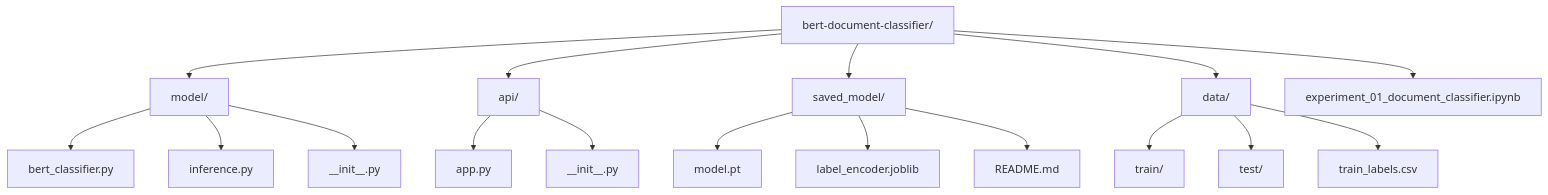
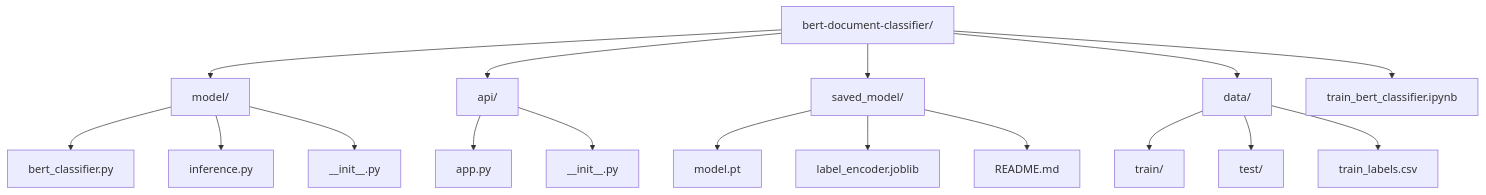
The fifth of 10 diagrams in ARCHITECTURE.md (ruskaruma/bert-document-classifier), drawn with Mermaid before and after one commit. The commit also changed 4 other files, not shown here.

Commit message:
refactor: rename notebook to train_bert_classifier

````diff
--- a/ARCHITECTURE.md
+++ b/ARCHITECTURE.md
@@ -120,24 +120,24 @@
 ```mermaid
 graph TB
     A[bert-document-classifier/]
     A --> B[model/]
     A --> C[api/]
     A --> D[saved_model/]
     A --> E[data/]
-    A --> F[experiment_01_document_classifier.ipynb]
+    A --> F[train_bert_classifier.ipynb]
     
     B --> B1[bert_classifier.py]
     B --> B2[inference.py]
     B --> B3[__init__.py]
     
     C --> C1[app.py]
     C --> C2[__init__.py]
     
     D --> D1[model.pt]
     D --> D2[label_encoder.joblib]
     D --> D3[README.md]
     
     E --> E1[train/]
     E --> E2[test/]
     E --> E3[train_labels.csv]
 ```
````
